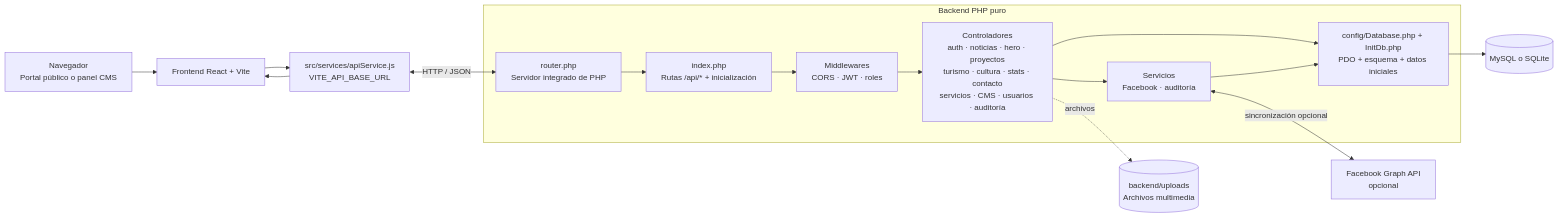
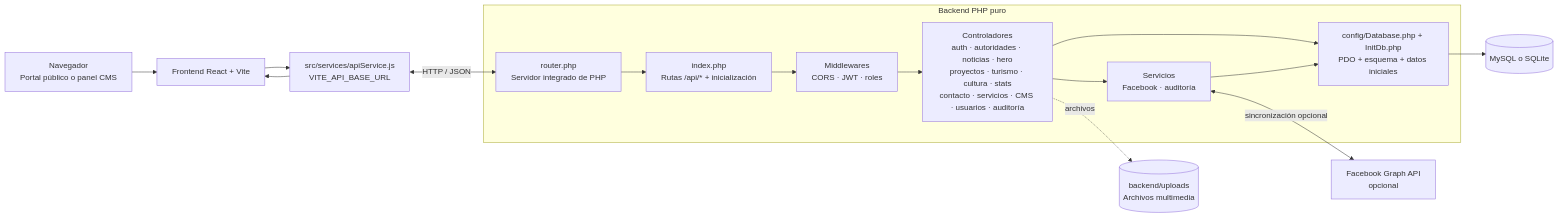
Before and after one commit to jermeine-bot/alcaldia-propuesto: the first of 2 diagrams in README.md, drawn with Mermaid. The commit also changed other lines of this file and 20 other files, not shown here.

````diff
--- a/README.md
+++ b/README.md
@@ -155,29 +190,29 @@
 ```mermaid
 flowchart LR
     ciudadano["Navegador<br/>Portal público o panel CMS"]
     frontend["Frontend React + Vite"]
     apiClient["src/services/apiService.js<br/>VITE_API_BASE_URL"]
 
     subgraph backend["Backend PHP puro"]
         router["router.php<br/>Servidor integrado de PHP"]
         index["index.php<br/>Rutas /api/* + inicialización"]
         middleware["Middlewares<br/>CORS · JWT · roles"]
-        controllers["Controladores<br/>auth · noticias · hero · proyectos<br/>turismo · cultura · stats · contacto<br/>servicios · CMS · usuarios · auditoría"]
+        controllers["Controladores<br/>auth · autoridades · noticias · hero<br/>proyectos · turismo · cultura · stats<br/>contacto · servicios · CMS · usuarios · auditoría"]
         services["Servicios<br/>Facebook · auditoría"]
         db["config/Database.php + InitDb.php<br/>PDO + esquema + datos iniciales"]
     end
 
     sql[("MySQL o SQLite")]
     uploads[("backend/uploads<br/>Archivos multimedia")]
     facebook["Facebook Graph API<br/>opcional"]
 
     ciudadano --> frontend --> apiClient
     apiClient <-->|"HTTP / JSON"| router
     router --> index --> middleware --> controllers
     controllers --> db --> sql
     controllers --> services
     services --> db
     controllers -.->|"archivos"| uploads
     services <-->|"sincronización opcional"| facebook
     apiClient --> frontend
 ```
````
